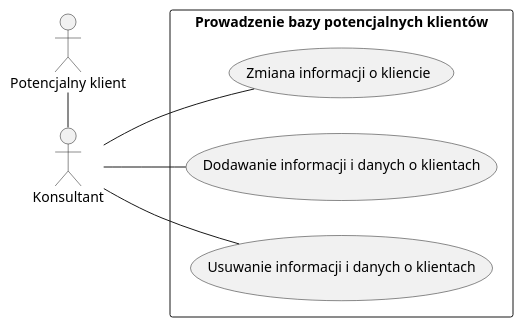
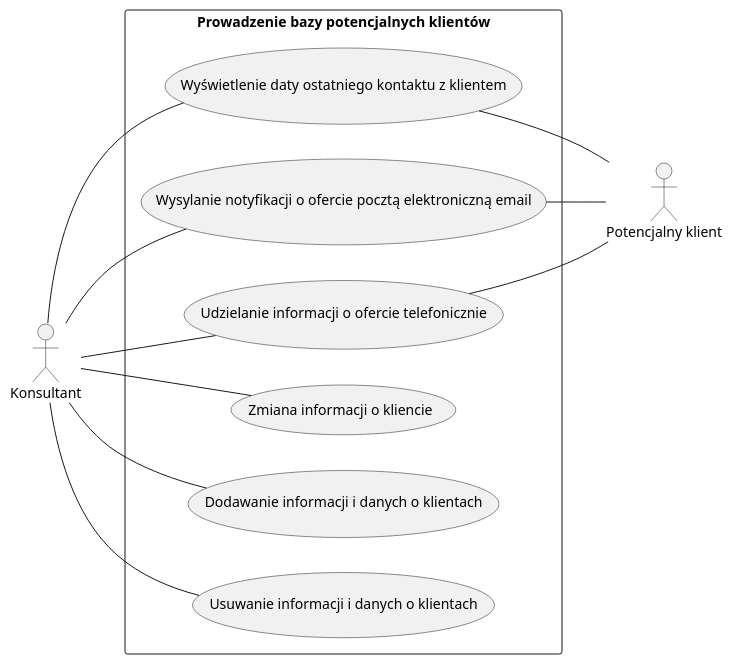
One commit to pixellos/Agh.5.Psi changed diagram 15 of 17 in src/Projekt systemu.md. Above: the diagram before and after it, drawn with PlantUML. The commit also changed other lines of this file and 5 other files, not shown here.

````diff
--- a/src/Projekt systemu.md
+++ b/src/Projekt systemu.md
@@ -2065,14 +2020,22 @@
 ```plantuml 2.2.7.1
 @startuml
 left to right direction
 skinparam packageStyle rectangle
 actor :Potencjalny klient:
 actor Konsultant
+
 rectangle "Prowadzenie bazy potencjalnych klientów" {
+    (Wyświetlenie daty ostatniego kontaktu z klientem) -- :Potencjalny klient:
+    (Wysylanie notyfikacji o ofercie pocztą elektroniczną email) -- :Potencjalny klient:
+    (Udzielanie informacji o ofercie telefonicznie) -- :Potencjalny klient:
+    (Konsultant) -- (Wyświetlenie daty ostatniego kontaktu z klientem)
+    (Konsultant) -- (Wysylanie notyfikacji o ofercie pocztą elektroniczną email)
+    (Konsultant) -- (Udzielanie informacji o ofercie telefonicznie)
     (Konsultant) -- (Zmiana informacji o kliencie)
     (Konsultant) -- (Dodawanie informacji i danych o klientach)
     (Konsultant) -- (Usuwanie informacji i danych o klientach)
-    :Potencjalny klient: - (Konsultant)
+ 
 }
+
 @enduml
 ```
````
